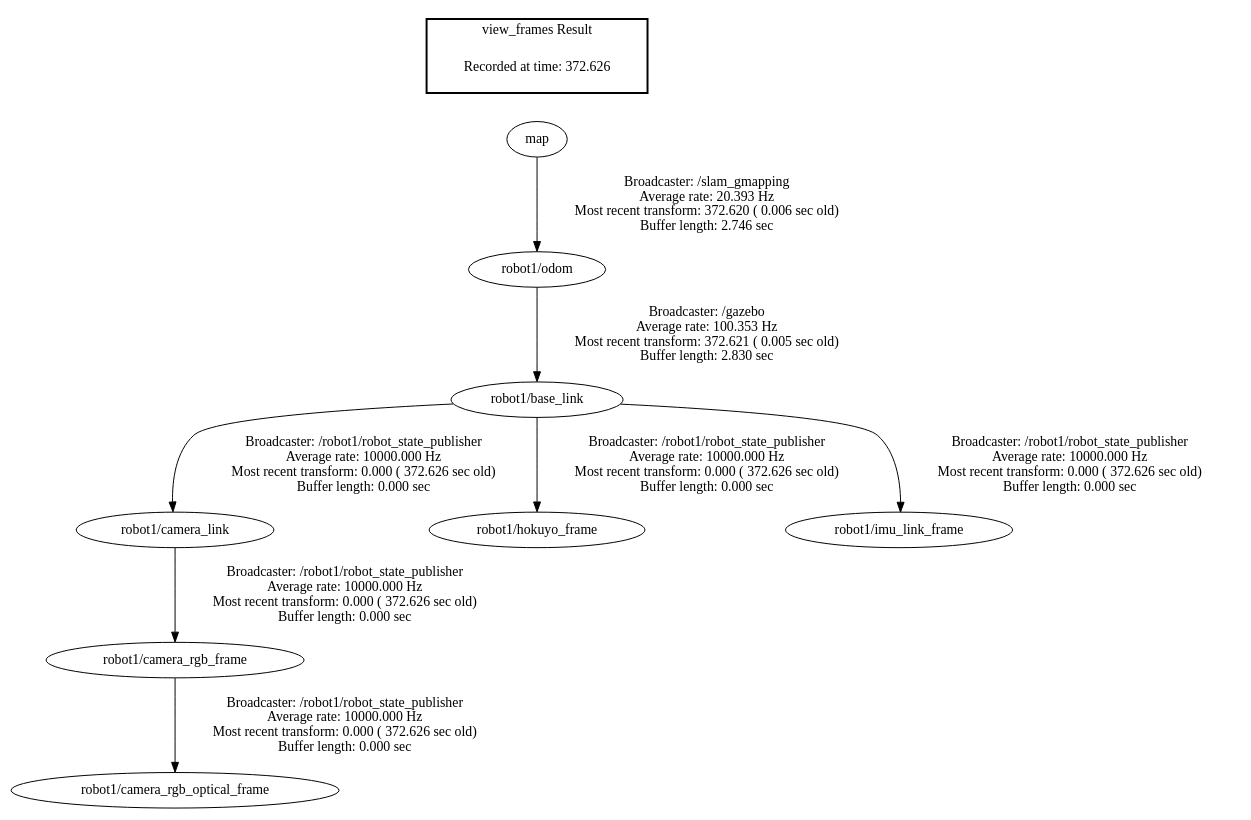
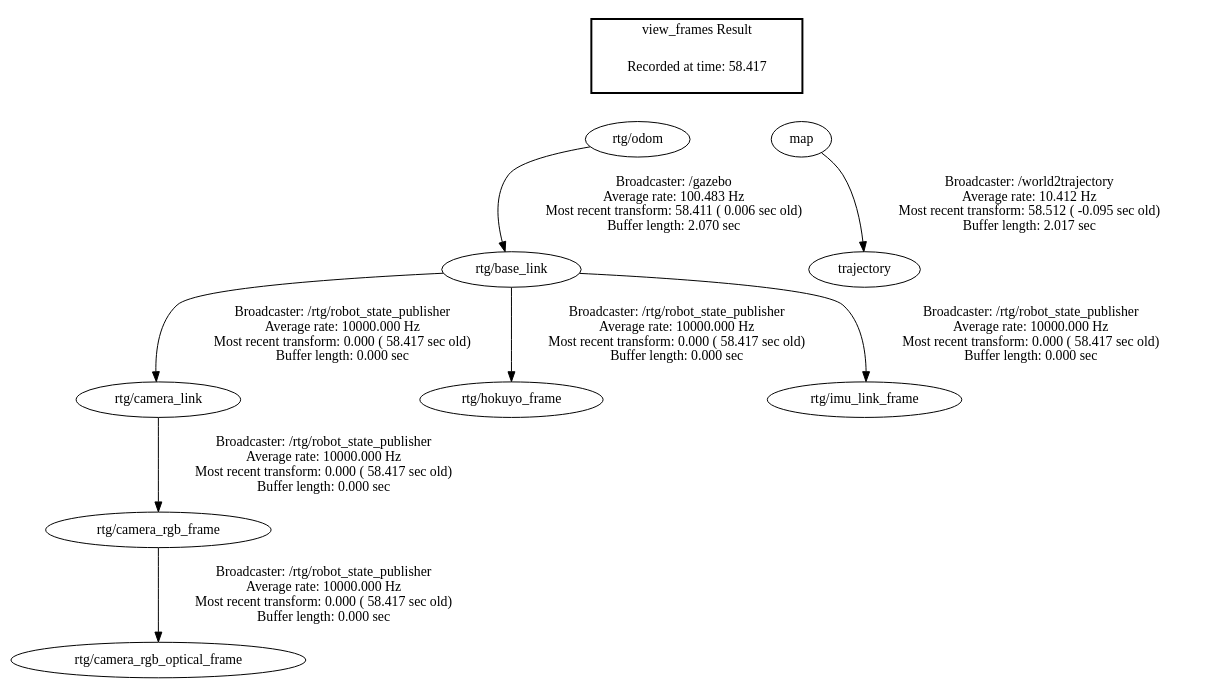
The diagram in frames.gv (onrdmr/robotic_hws), drawn with Graphviz before and after one commit. The commit also changed 6 other files, not shown here.

```diff
--- a/frames.gv
+++ b/frames.gv
@@ -1,13 +1,17 @@
 digraph G {
-"robot1/odom" -> "robot1/base_link"[label="Broadcaster: /gazebo\nAverage rate: 100.353 Hz\nMost recent transform: 372.621 ( 0.005 sec old)\nBuffer length: 2.830 sec\n"];
-"map" -> "robot1/odom"[label="Broadcaster: /slam_gmapping\nAverage rate: 20.393 Hz\nMost recent transform: 372.620 ( 0.006 sec old)\nBuffer length: 2.746 sec\n"];
-"robot1/base_link" -> "robot1/camera_link"[label="Broadcaster: /robot1/robot_state_publisher\nAverage rate: 10000.000 Hz\nMost recent transform: 0.000 ( 372.626 sec old)\nBuffer length: 0.000 sec\n"];
-"robot1/camera_link" -> "robot1/camera_rgb_frame"[label="Broadcaster: /robot1/robot_state_publisher\nAverage rate: 10000.000 Hz\nMost recent transform: 0.000 ( 372.626 sec old)\nBuffer length: 0.000 sec\n"];
-"robot1/camera_rgb_frame" -> "robot1/camera_rgb_optical_frame"[label="Broadcaster: /robot1/robot_state_publisher\nAverage rate: 10000.000 Hz\nMost recent transform: 0.000 ( 372.626 sec old)\nBuffer length: 0.000 sec\n"];
-"robot1/base_link" -> "robot1/hokuyo_frame"[label="Broadcaster: /robot1/robot_state_publisher\nAverage rate: 10000.000 Hz\nMost recent transform: 0.000 ( 372.626 sec old)\nBuffer length: 0.000 sec\n"];
-"robot1/base_link" -> "robot1/imu_link_frame"[label="Broadcaster: /robot1/robot_state_publisher\nAverage rate: 10000.000 Hz\nMost recent transform: 0.000 ( 372.626 sec old)\nBuffer length: 0.000 sec\n"];
+"rtg/base_link" -> "rtg/camera_link"[label="Broadcaster: /rtg/robot_state_publisher\nAverage rate: 10000.000 Hz\nMost recent transform: 0.000 ( 58.417 sec old)\nBuffer length: 0.000 sec\n"];
+"rtg/odom" -> "rtg/base_link"[label="Broadcaster: /gazebo\nAverage rate: 100.483 Hz\nMost recent transform: 58.411 ( 0.006 sec old)\nBuffer length: 2.070 sec\n"];
+"rtg/camera_link" -> "rtg/camera_rgb_frame"[label="Broadcaster: /rtg/robot_state_publisher\nAverage rate: 10000.000 Hz\nMost recent transform: 0.000 ( 58.417 sec old)\nBuffer length: 0.000 sec\n"];
+"rtg/camera_rgb_frame" -> "rtg/camera_rgb_optical_frame"[label="Broadcaster: /rtg/robot_state_publisher\nAverage rate: 10000.000 Hz\nMost recent transform: 0.000 ( 58.417 sec old)\nBuffer length: 0.000 sec\n"];
+"rtg/base_link" -> "rtg/hokuyo_frame"[label="Broadcaster: /rtg/robot_state_publisher\nAverage rate: 10000.000 Hz\nMost recent transform: 0.000 ( 58.417 sec old)\nBuffer length: 0.000 sec\n"];
+"rtg/base_link" -> "rtg/imu_link_frame"[label="Broadcaster: /rtg/robot_state_publisher\nAverage rate: 10000.000 Hz\nMost recent transform: 0.000 ( 58.417 sec old)\nBuffer length: 0.000 sec\n"];
+"map" -> "trajectory"[label="Broadcaster: /world2trajectory\nAverage rate: 10.412 Hz\nMost recent transform: 58.512 ( -0.095 sec old)\nBuffer length: 2.017 sec\n"];
 edge [style=invis];
  subgraph cluster_legend { style=bold; color=black; label ="view_frames Result";
-"Recorded at time: 372.626"[ shape=plaintext ] ;
+"Recorded at time: 58.417"[ shape=plaintext ] ;
+ }->"rtg/odom";
+edge [style=invis];
+ subgraph cluster_legend { style=bold; color=black; label ="view_frames Result";
+"Recorded at time: 58.417"[ shape=plaintext ] ;
  }->"map";
 }
```
